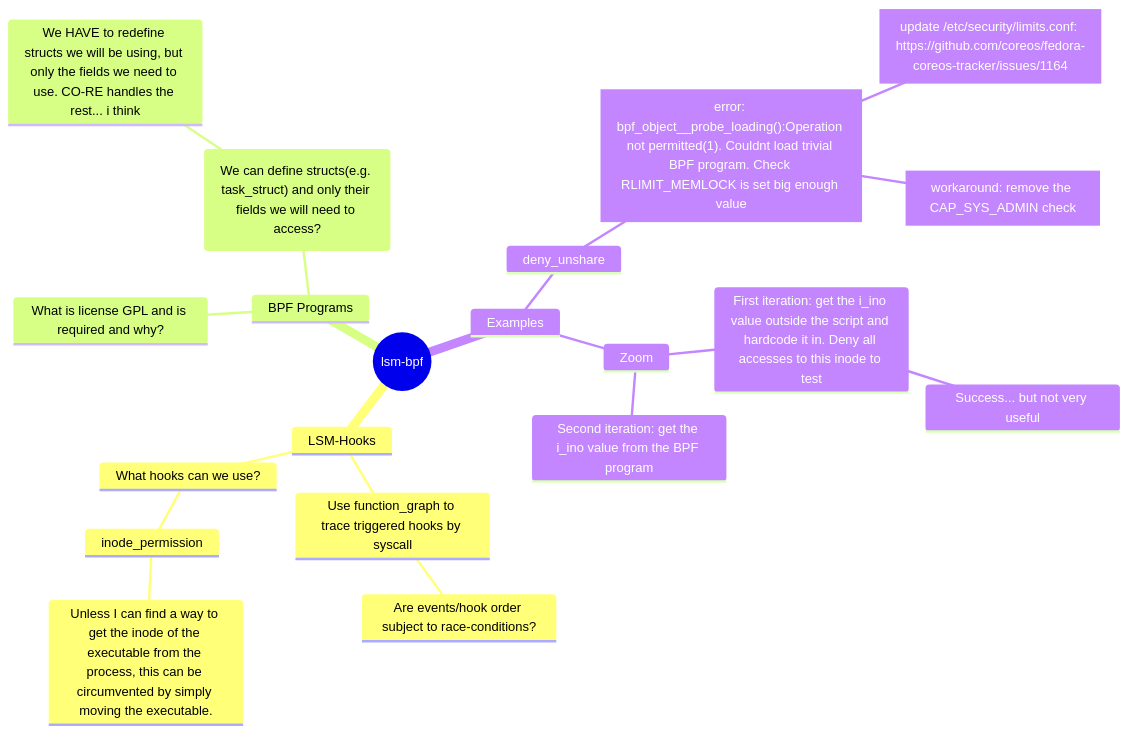
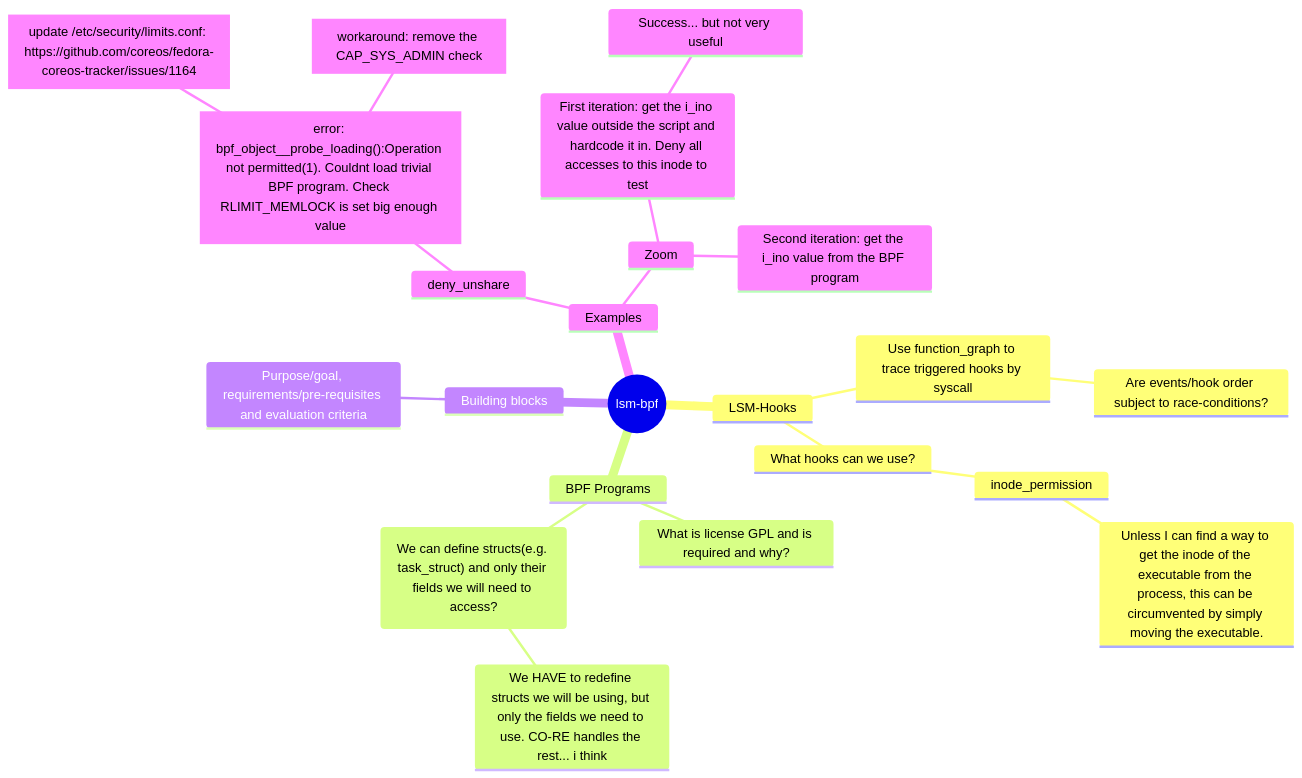
The diagram in Questions:.md (Turbodunker/lsm-bpf), drawn with Mermaid before and after one commit.

Commit message:
Updated Questions: (markdown)

````diff
--- a/Questions:.md
+++ b/Questions:.md
@@ -17,26 +17,28 @@
 ``` mermaid
     mindmap
         root((lsm-bpf))
             LSM-Hooks
                 Use function_graph to trace triggered hooks by syscall
                     Are events/hook order subject to race-conditions?
                 What hooks can we use?
                     inode_permission
                         Unless I can find a way to get the inode of the executable from the process, this can be circumvented by simply moving the executable.
                        
                     
             BPF Programs
                 What is license GPL and is required and why?
                 ("We can define structs(e.g. task_struct) and only their fields we will need to access?")
                     We HAVE to redefine structs we will be using, but only the fields we need to use. CO-RE handles the rest... i think
+            Building blocks
+                Purpose/goal, requirements/pre-requisites and evaluation criteria
             Examples
                 deny_unshare
                     id1["error: bpf_object__probe_loading():Operation not permitted(1). Couldnt load trivial BPF program. Check RLIMIT_MEMLOCK is set big enough value"]
                         id2["update /etc/security/limits.conf: https://github.com/coreos/fedora-coreos-tracker/issues/1164"]
                         workaround["workaround: remove the CAP_SYS_ADMIN check"]
                 Zoom
                     First iteration: get the i_ino value outside the script and hardcode it in. Deny all accesses to this inode to test
                         Success... but not very useful
                     Second iteration: get the i_ino value from the BPF program
 
 ```
````
